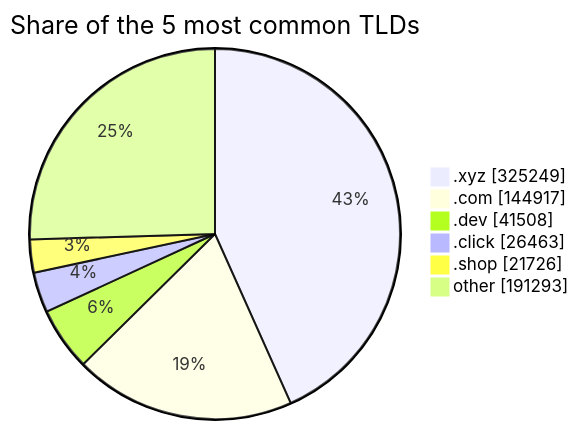
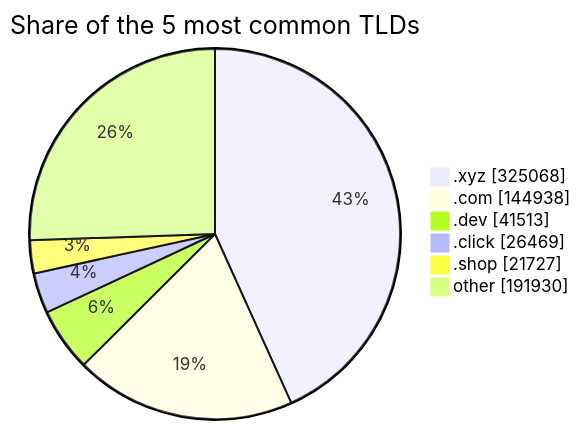
The third of 3 diagrams in README.md (DNSBunker/CTI), drawn with Mermaid before and after one commit. The commit also changed other lines of this file and 3 other files, not shown here.

````diff
--- a/README.md
+++ b/README.md
@@ -81,9 +81,9 @@
 ```mermaid
 pie showData title Share of the 5 most common TLDs
-    ".xyz" : 325249
-    ".com" : 144917
-    ".dev" : 41508
-    ".click" : 26463
-    ".shop" : 21726
-    "other" : 191293
+    ".xyz" : 325068
+    ".com" : 144938
+    ".dev" : 41513
+    ".click" : 26469
+    ".shop" : 21727
+    "other" : 191930
 ```
````
